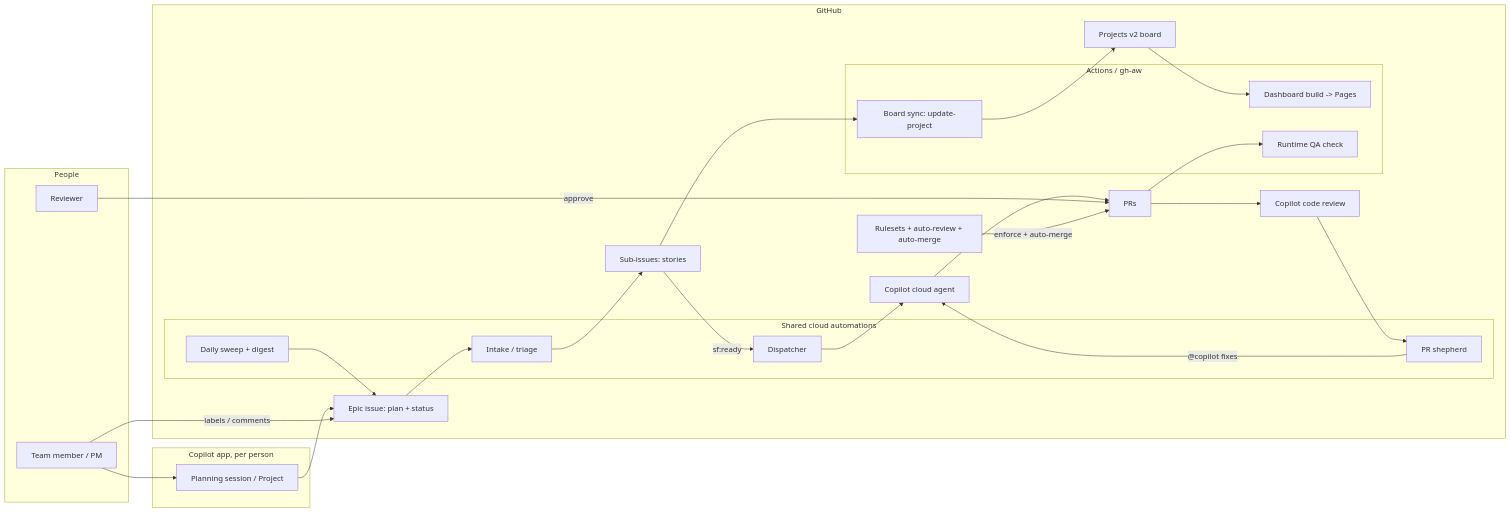
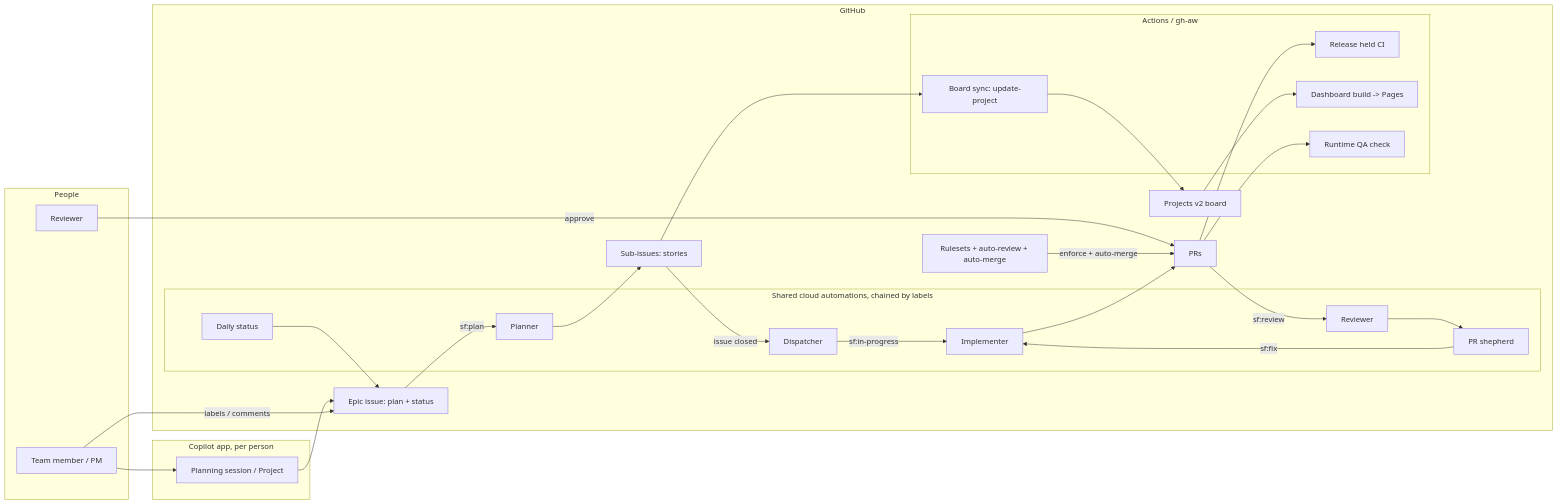
Before and after one commit to andrejpk/software-factory: the diagram in docs/software-factory-analysis.md, drawn with Mermaid. The commit also changed other lines of this file, not shown here.

````diff
--- a/docs/software-factory-analysis.md
+++ b/docs/software-factory-analysis.md
@@ -140,42 +143,45 @@
 ```mermaid
 flowchart LR
   subgraph People
     PM[Team member / PM]
     DEV[Reviewer]
   end
   subgraph CopilotApp[Copilot app, per person]
     LEAD[Planning session / Project]
   end
   subgraph GitHub
     EPIC[Epic issue: plan + status]
     SUBS[Sub-issues: stories]
     BOARD[Projects v2 board]
     PR[PRs]
     RS[Rulesets + auto-review + auto-merge]
-    subgraph Automations[Shared cloud automations]
-      INTAKE[Intake / triage]
+    subgraph Automations[Shared cloud automations, chained by labels]
+      INTAKE[Planner]
       DISP[Dispatcher]
+      IMPL[Implementer]
+      REV[Reviewer]
       SHEP[PR shepherd]
-      SWEEP[Daily sweep + digest]
+      SWEEP[Daily status]
     end
     subgraph Actions[Actions / gh-aw]
+      HELD[Release held CI]
       BOARDSYNC[Board sync: update-project]
       DASH[Dashboard build -> Pages]
       QA[Runtime QA check]
     end
-    CCA[Copilot cloud agent]
-    CCR[Copilot code review]
   end
   PM --> LEAD --> EPIC
   PM -- labels / comments --> EPIC
-  EPIC --> INTAKE --> SUBS
-  SUBS -- sf:ready --> DISP --> CCA --> PR
-  PR --> CCR --> SHEP
-  SHEP -- "@copilot fixes" --> CCA
+  EPIC -- sf:plan --> INTAKE --> SUBS
+  SUBS -- issue closed --> DISP
+  DISP -- sf:in-progress --> IMPL --> PR
+  PR -- sf:review --> REV --> SHEP
+  SHEP -- sf:fix --> IMPL
+  PR --> HELD
   PR --> QA
   DEV -- approve --> PR
   RS -- enforce + auto-merge --> PR
   SUBS --> BOARDSYNC --> BOARD
   BOARD --> DASH
   SWEEP --> EPIC
 ```
````
